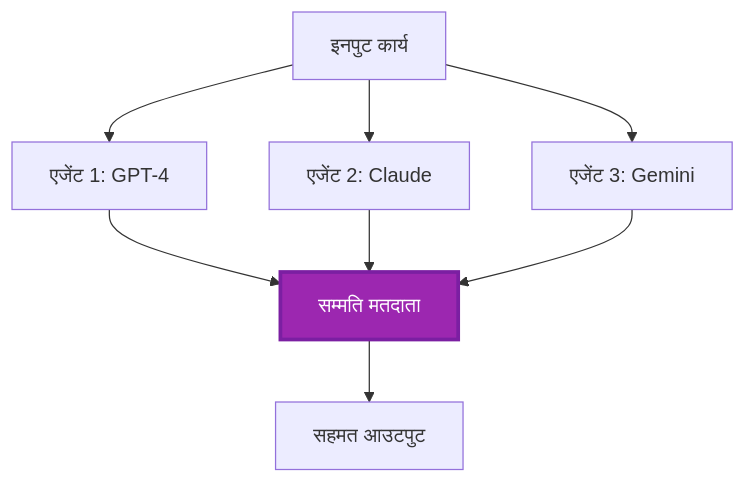
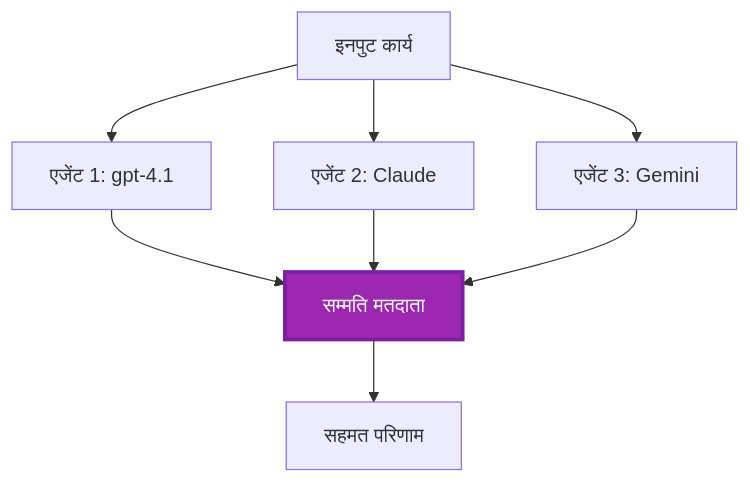
Before and after one commit to microsoft/AZD-for-beginners: the fifth of 6 diagrams in translations/hi/docs/chapter-06-pre-deployment/coordination-patterns.md, drawn with Mermaid. The commit also changed other lines of this file and 101 other files, not shown here.

````diff
--- a/translations/hi/docs/chapter-06-pre-deployment/coordination-patterns.md
+++ b/translations/hi/docs/chapter-06-pre-deployment/coordination-patterns.md
@@ -231,19 +225,19 @@
 ```mermaid
 graph TB
     Input[इनपुट कार्य]
-    Agent1[एजेंट 1: GPT-4]
+    Agent1[एजेंट 1: gpt-4.1]
     Agent2[एजेंट 2: Claude]
     Agent3[एजेंट 3: Gemini]
     Voter[सम्मति मतदाता]
-    Output[सहमत आउटपुट]
+    Output[सहमत परिणाम]
     
     Input --> Agent1
     Input --> Agent2
     Input --> Agent3
     Agent1 --> Voter
     Agent2 --> Voter
     Agent3 --> Voter
     Voter --> Output
     
     style Voter fill:#9C27B0,stroke:#7B1FA2,stroke-width:3px,color:#fff
 ```
````
